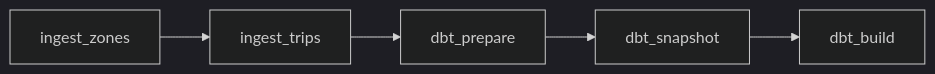
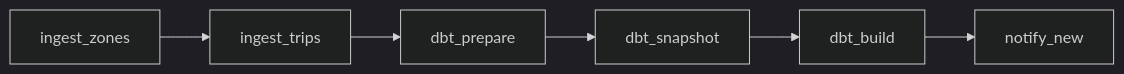
The second of 2 diagrams in docs/architecture.md (MerouaneRH/nyc-taxi-pipeline), drawn with Mermaid (dark theme) before and after one commit. The commit also changed other lines of this file and 8 other files, not shown here.

````diff
--- a/docs/architecture.md
+++ b/docs/architecture.md
@@ -47,4 +47,4 @@
 ```mermaid
 flowchart LR
-    ingest_zones --> ingest_trips --> dbt_prepare --> dbt_snapshot --> dbt_build
+    ingest_zones --> ingest_trips --> dbt_prepare --> dbt_snapshot --> dbt_build --> notify_new
 ```
````
